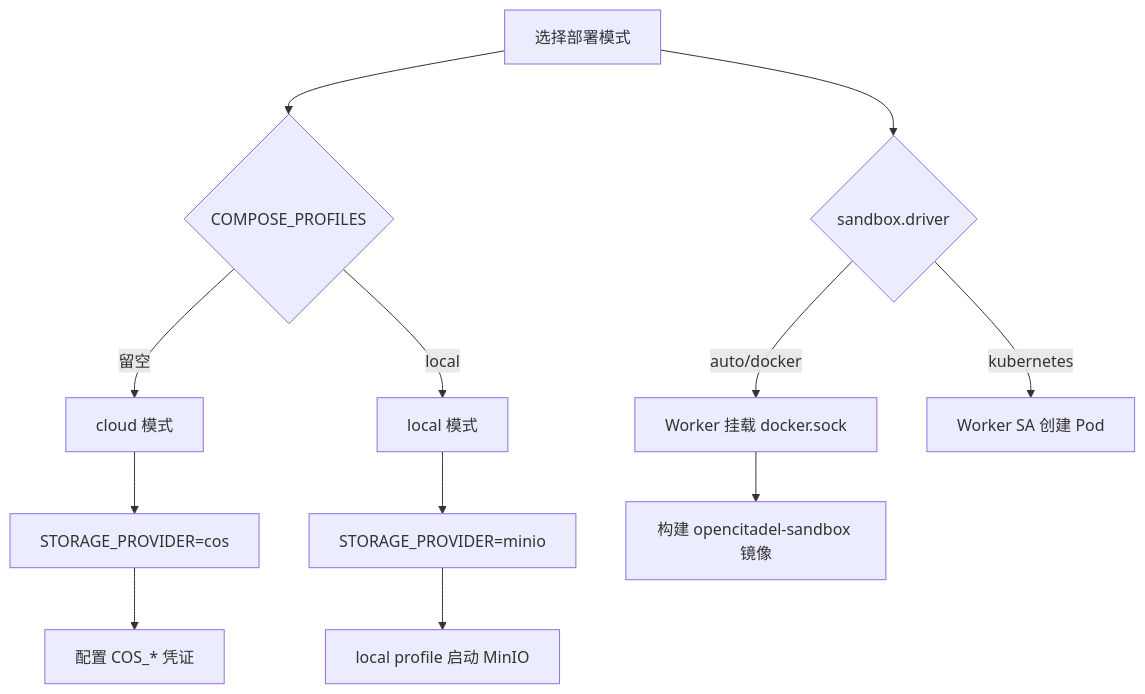
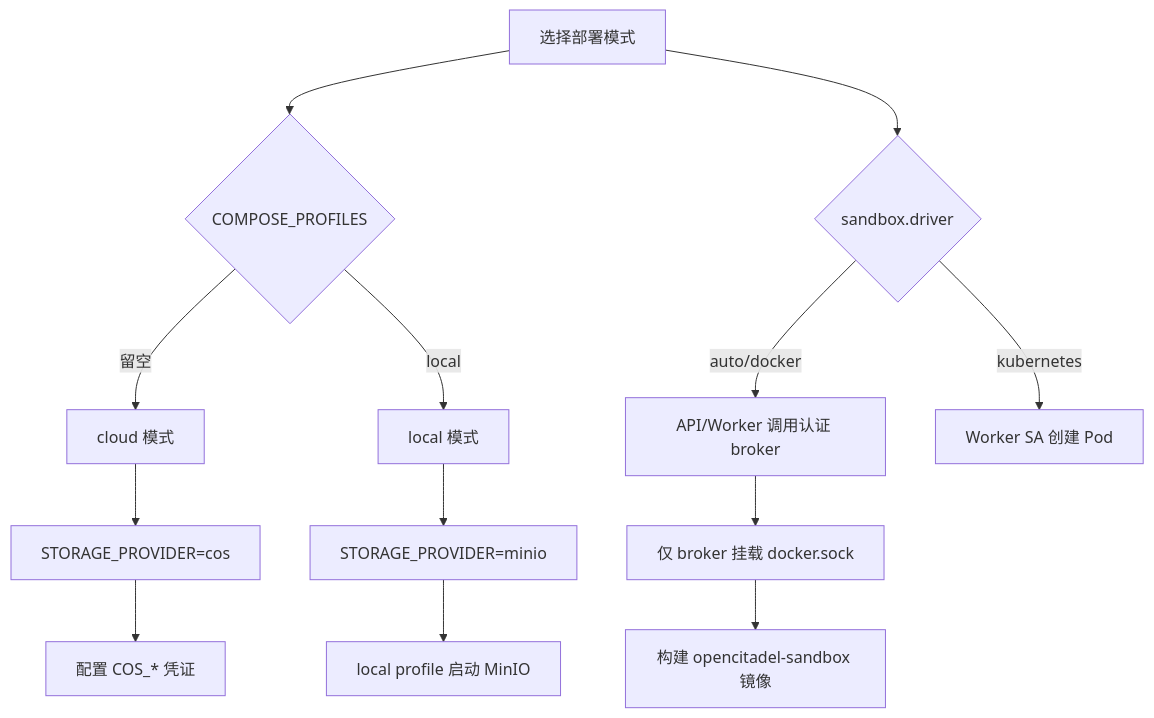
The diagram in docs/operations/deployment.zh-CN.md (OceaLong/opencitadel), drawn with Mermaid before and after one commit. The commit also changed other lines of this file and 207 other files, not shown here.

````diff
--- a/docs/operations/deployment.zh-CN.md
+++ b/docs/operations/deployment.zh-CN.md
@@ -126,14 +140,15 @@
 ```mermaid
 flowchart TD
   Start["选择部署模式"] --> Profile{"COMPOSE_PROFILES"}
   Profile -->|"留空"| Cloud["cloud 模式"]
   Profile -->|"local"| Local["local 模式"]
   Cloud --> Cos["STORAGE_PROVIDER=cos"]
   Local --> Minio["STORAGE_PROVIDER=minio"]
   Cos --> CosCreds["配置 COS_* 凭证"]
   Minio --> MinioUp["local profile 启动 MinIO"]
   Start --> SandboxDriver{"sandbox.driver"}
-  SandboxDriver -->|"auto/docker"| DockerSock["Worker 挂载 docker.sock"]
+  SandboxDriver -->|"auto/docker"| Broker["API/Worker 调用认证 broker"]
   SandboxDriver -->|"kubernetes"| K8sRBAC["Worker SA 创建 Pod"]
+  Broker --> DockerSock["仅 broker 挂载 docker.sock"]
   DockerSock --> BuildImg["构建 opencitadel-sandbox 镜像"]
 ```
````
